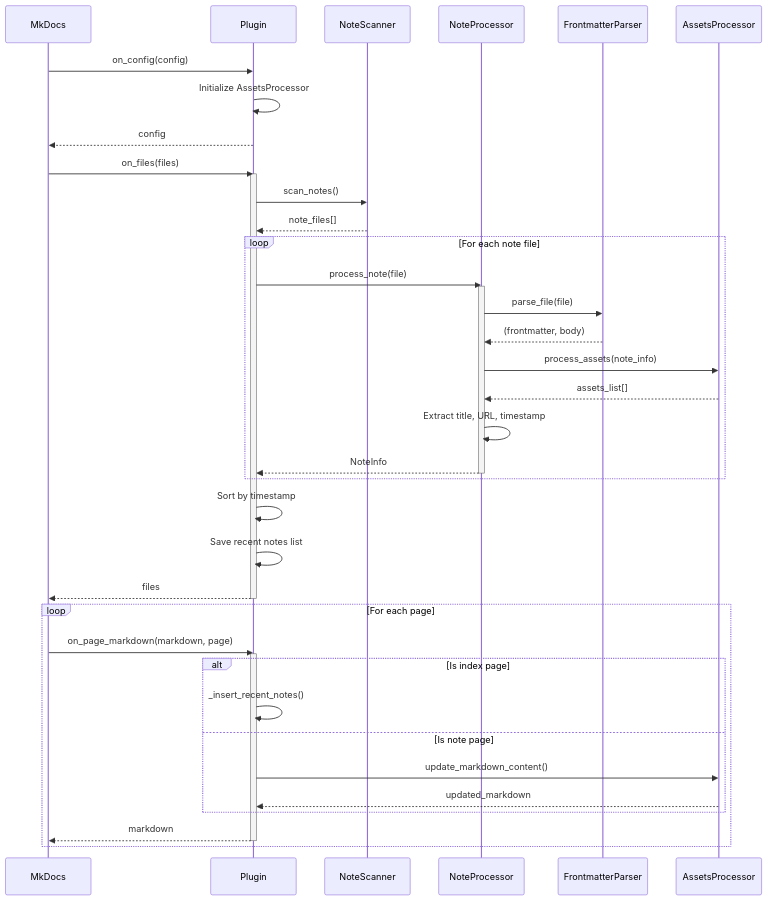
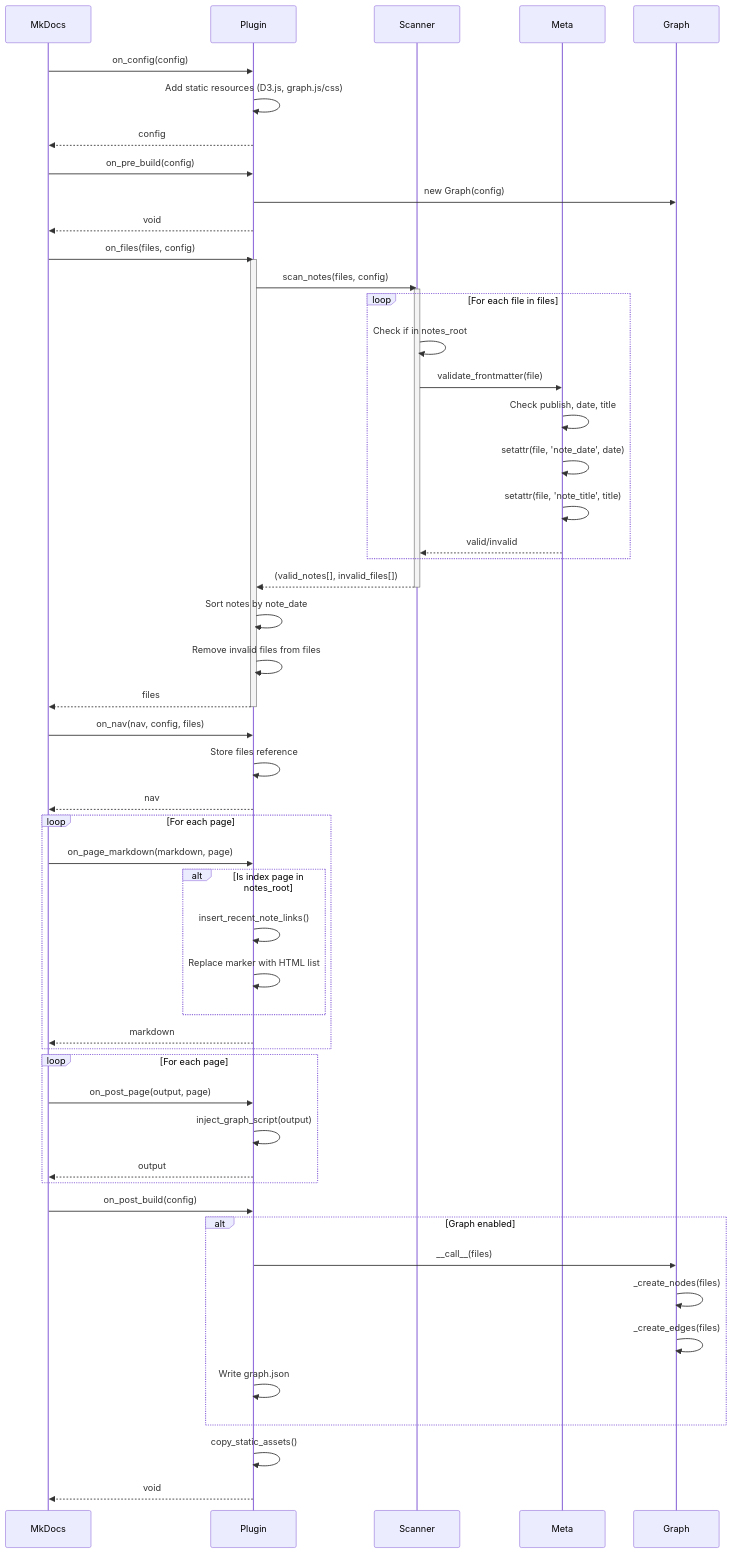
Before and after one commit to virtualguard101/mkdocs-note: the third of 6 diagrams in docs/contributing/architecture.md, drawn with Mermaid. The commit also changed other lines of this file and 1 other file, not shown here.

````diff
--- a/docs/contributing/architecture.md
+++ b/docs/contributing/architecture.md
@@ -566,54 +496,72 @@
 ```mermaid
 sequenceDiagram
     participant MkDocs
     participant Plugin
-    participant Scanner as NoteScanner
-    participant Processor as NoteProcessor
-    participant FMParser as FrontmatterParser
-    participant AssetsProc as AssetsProcessor
+    participant Scanner
+    participant Meta
+    participant Graph
     
     MkDocs->>Plugin: on_config(config)
-    Plugin->>Plugin: Initialize AssetsProcessor
+    Plugin->>Plugin: Add static resources (D3.js, graph.js/css)
     Plugin-->>MkDocs: config
     
-    MkDocs->>Plugin: on_files(files)
+    MkDocs->>Plugin: on_pre_build(config)
+    Plugin->>Graph: new Graph(config)
+    Plugin-->>MkDocs: void
+    
+    MkDocs->>Plugin: on_files(files, config)
     activate Plugin
     
-    Plugin->>Scanner: scan_notes()
-    Scanner-->>Plugin: note_files[]
+    Plugin->>Scanner: scan_notes(files, config)
+    activate Scanner
     
-    loop For each note file
-        Plugin->>Processor: process_note(file)
-        activate Processor
-        
-        Processor->>FMParser: parse_file(file)
-        FMParser-->>Processor: (frontmatter, body)
-        
-        Processor->>AssetsProc: process_assets(note_info)
-        AssetsProc-->>Processor: assets_list[]
-        
-        Processor->>Processor: Extract title, URL, timestamp
-        Processor-->>Plugin: NoteInfo
-        deactivate Processor
+    loop For each file in files
+        Scanner->>Scanner: Check if in notes_root
+        Scanner->>Meta: validate_frontmatter(file)
+        Meta->>Meta: Check publish, date, title
+        Meta->>Meta: setattr(file, 'note_date', date)
+        Meta->>Meta: setattr(file, 'note_title', title)
+        Meta-->>Scanner: valid/invalid
     end
     
-    Plugin->>Plugin: Sort by timestamp
-    Plugin->>Plugin: Save recent notes list
+    Scanner-->>Plugin: (valid_notes[], invalid_files[])
+    deactivate Scanner
+    
+    Plugin->>Plugin: Sort notes by note_date
+    Plugin->>Plugin: Remove invalid files from files
     Plugin-->>MkDocs: files
     deactivate Plugin
     
+    MkDocs->>Plugin: on_nav(nav, config, files)
+    Plugin->>Plugin: Store files reference
+    Plugin-->>MkDocs: nav
+    
     loop For each page
         MkDocs->>Plugin: on_page_markdown(markdown, page)
-        activate Plugin
         
-        alt Is index page
-            Plugin->>Plugin: _insert_recent_notes()
-        else Is note page
-            Plugin->>AssetsProc: update_markdown_content()
-            AssetsProc-->>Plugin: updated_markdown
+        alt Is index page in notes_root
+            Plugin->>Plugin: insert_recent_note_links()
+            Plugin->>Plugin: Replace marker with HTML list
         end
         
         Plugin-->>MkDocs: markdown
-        deactivate Plugin
     end
+    
+    loop For each page
+        MkDocs->>Plugin: on_post_page(output, page)
+        Plugin->>Plugin: inject_graph_script(output)
+        Plugin-->>MkDocs: output
+    end
+    
+    MkDocs->>Plugin: on_post_build(config)
+    
+    alt Graph enabled
+        Plugin->>Graph: __call__(files)
+        Graph->>Graph: _create_nodes(files)
+        Graph->>Graph: _create_edges(files)
+        Plugin->>Plugin: Write graph.json
+    end
+    
+    Plugin->>Plugin: copy_static_assets()
+    Plugin-->>MkDocs: void
 ```
````
